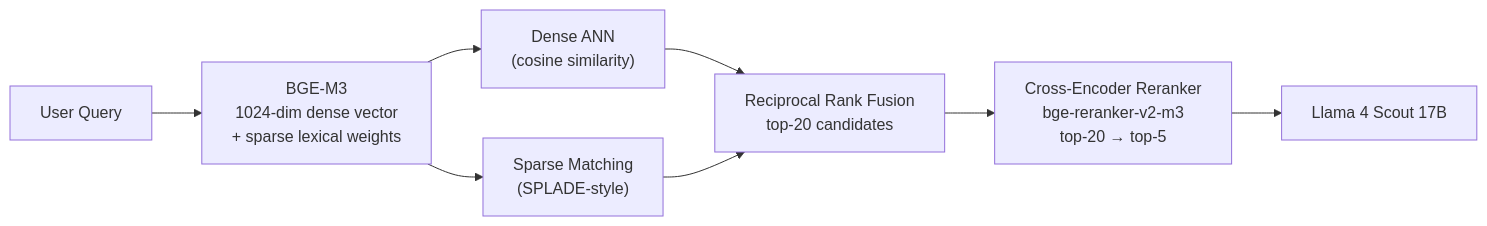
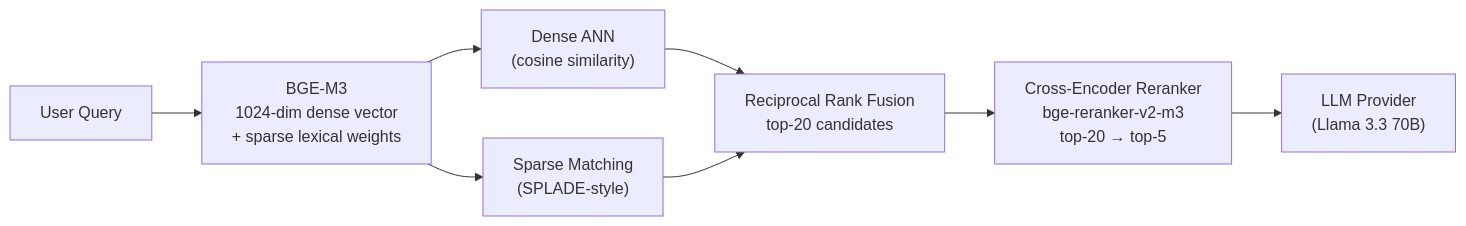
Before and after one commit to sharanharsoor/antardarshan: the third of 4 diagrams in ENGINEERING.md, drawn with Mermaid. The commit also changed other lines of this file and 2 other files, not shown here.

````diff
--- a/ENGINEERING.md
+++ b/ENGINEERING.md
@@ -155,12 +155,12 @@
 ```mermaid
 flowchart LR
     Q["User Query"]
     BGE["BGE-M3\n1024-dim dense vector\n+ sparse lexical weights"]
     Dense["Dense ANN\n(cosine similarity)"]
     Sparse["Sparse Matching\n(SPLADE-style)"]
     RRF["Reciprocal Rank Fusion\ntop-20 candidates"]
     Cross["Cross-Encoder Reranker\nbge-reranker-v2-m3\ntop-20 → top-5"]
-    LLM["Llama 4 Scout 17B"]
+    LLM["LLM Provider\n(Llama 3.3 70B)"]
 
     Q --> BGE --> Dense & Sparse --> RRF --> Cross --> LLM
 ```
````
